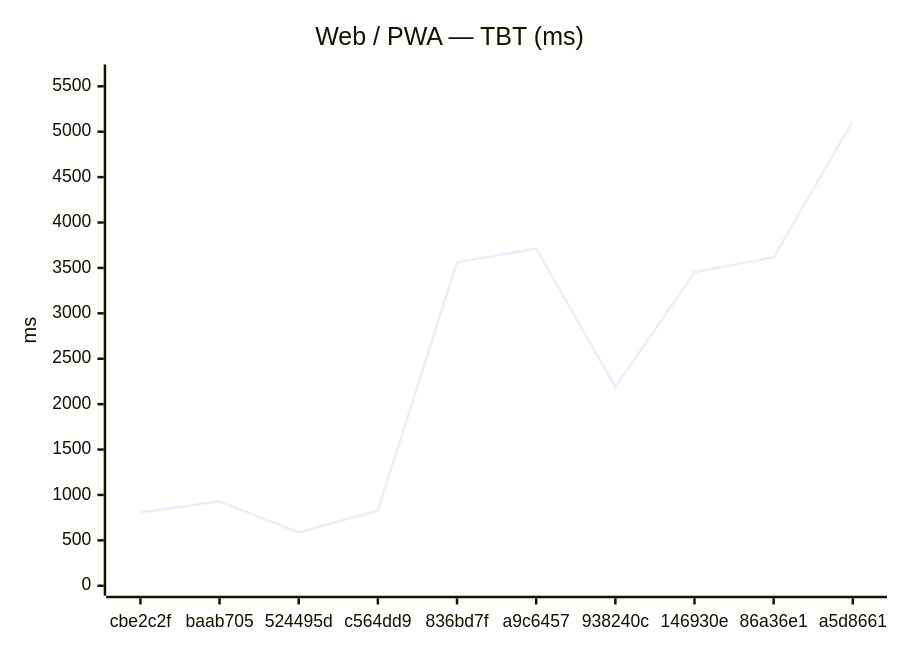
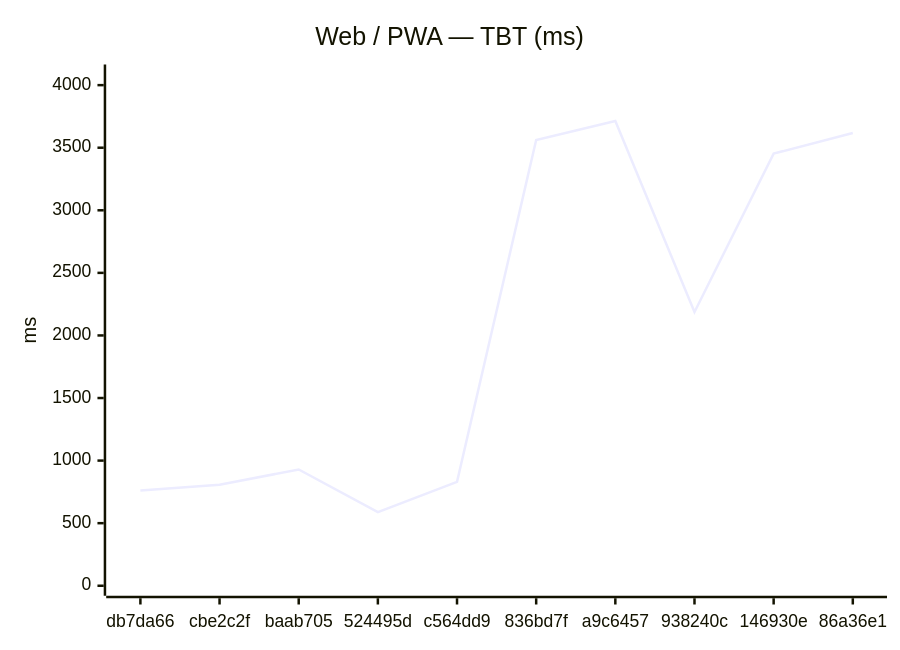
One commit to Metaheurist/Rianell changed the second of 12 diagrams in benchmarks/compare.md. Above: the diagram before and after it, drawn with Mermaid. The commit also changed other lines of this file and 8 other files, not shown here.

````diff
--- a/benchmarks/compare.md
+++ b/benchmarks/compare.md
@@ -31,7 +31,7 @@
 ```mermaid
 xychart-beta
     title "Web / PWA — TBT (ms)"
-    x-axis ["cbe2c2f", "baab705", "524495d", "c564dd9", "836bd7f", "a9c6457", "938240c", "146930e", "86a36e1", "a5d8661"]
-    y-axis "ms" 0 --> 5630
-    line [807, 929, 588, 830, 3562, 3713, 2187, 3453, 3617, 5118]
+    x-axis ["db7da66", "cbe2c2f", "baab705", "524495d", "c564dd9", "836bd7f", "a9c6457", "938240c", "146930e", "86a36e1"]
+    y-axis "ms" 0 --> 4085
+    line [761, 807, 929, 588, 830, 3562, 3713, 2187, 3453, 3617]
 ```
````
